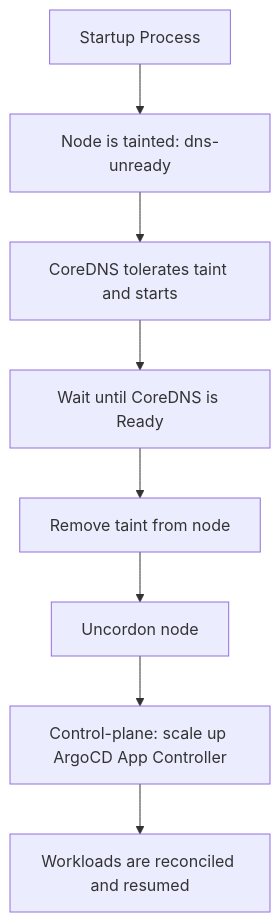
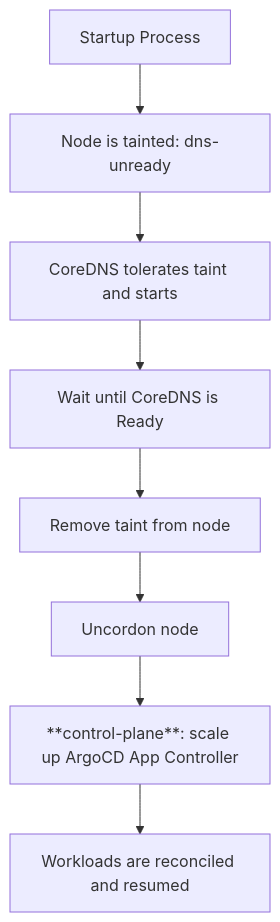
The third of 3 diagrams in README.md (Schwitzd/IaC-HomeK3s), drawn with Mermaid before and after one commit. The commit also changed other lines of this file, not shown here.

````diff
--- a/README.md
+++ b/README.md
@@ -217,13 +420,13 @@
 ```mermaid
 flowchart TD
   S1[Startup Process]
   S2[Node is tainted: dns-unready]
   S3[CoreDNS tolerates taint and starts]
   S4[Wait until CoreDNS is Ready]
   S5[Remove taint from node]
   S6[Uncordon node]
-  S7[Control-plane: scale up ArgoCD App Controller]
+  S7[**control-plane**: scale up ArgoCD App Controller]
   S8[Workloads are reconciled and resumed]
 
   S1 --> S2 --> S3 --> S4 --> S5 --> S6 --> S7 --> S8
 ```
````
